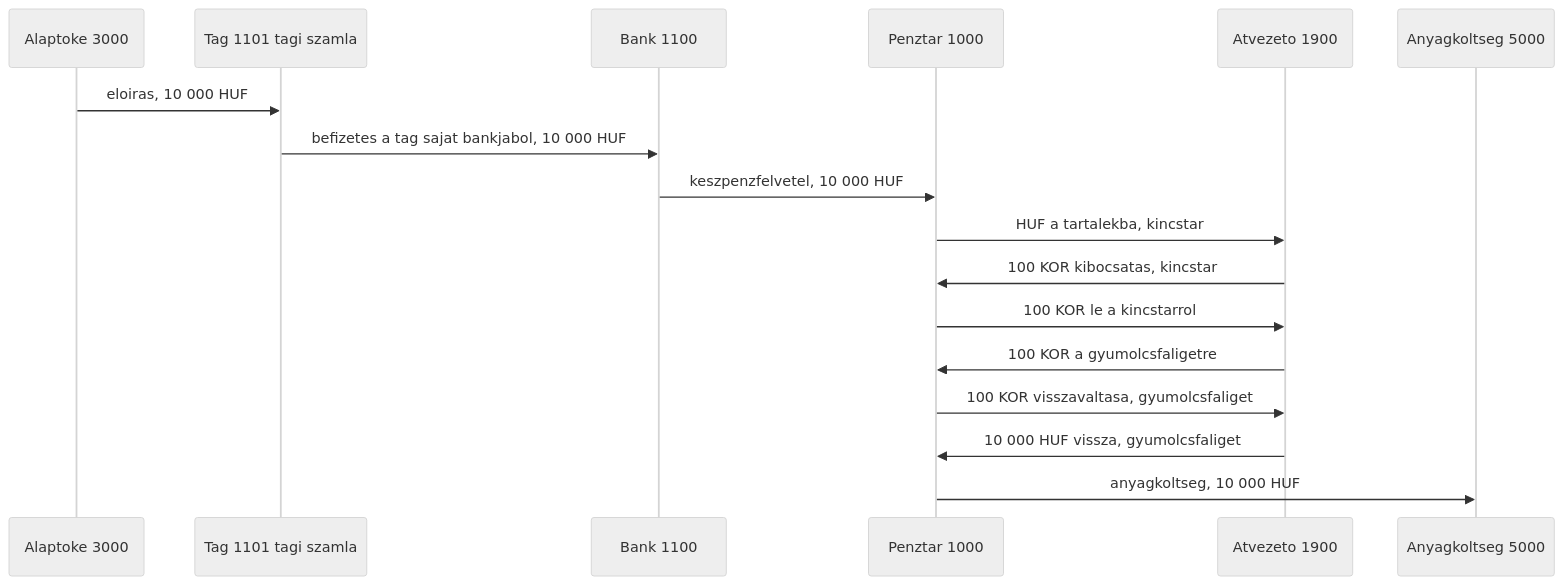
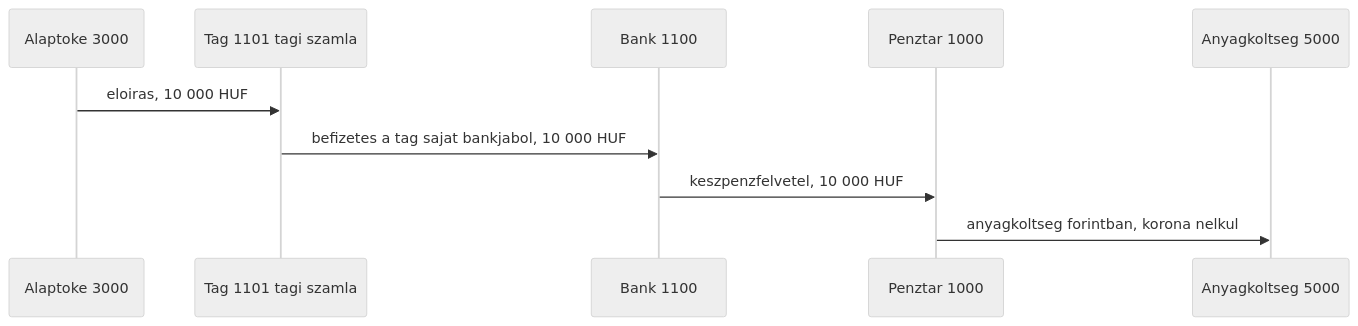
One commit to pitiboy/curr changed the fourth of 15 diagrams in docs/transaction-workflow.md. Above: the diagram before and after it, drawn with Mermaid (neutral theme). The commit also changed other lines of this file and 1 other file, not shown here.

First line of the commit message:
docs: korona csak lekötéskor a nyilvántartásokon

````diff
--- a/docs/transaction-workflow.md
+++ b/docs/transaction-workflow.md
@@ -286,20 +246,13 @@
 ```mermaid
 sequenceDiagram
   participant Toke as Alaptoke 3000
   participant Tag as Tag 1101 tagi szamla
   participant Bank as Bank 1100
   participant Penztar as Penztar 1000
-  participant Atv as Atvezeto 1900
   participant Koltseg as Anyagkoltseg 5000
 
   Toke->>Tag: eloiras, 10 000 HUF
   Tag->>Bank: befizetes a tag sajat bankjabol, 10 000 HUF
   Bank->>Penztar: keszpenzfelvetel, 10 000 HUF
-  Penztar->>Atv: HUF a tartalekba, kincstar
-  Atv->>Penztar: 100 KOR kibocsatas, kincstar
-  Penztar->>Atv: 100 KOR le a kincstarrol
-  Atv->>Penztar: 100 KOR a gyumolcsfaligetre
-  Penztar->>Atv: 100 KOR visszavaltasa, gyumolcsfaliget
-  Atv->>Penztar: 10 000 HUF vissza, gyumolcsfaliget
-  Penztar->>Koltseg: anyagkoltseg, 10 000 HUF
+  Penztar->>Koltseg: anyagkoltseg forintban, korona nelkul
 ```
````
